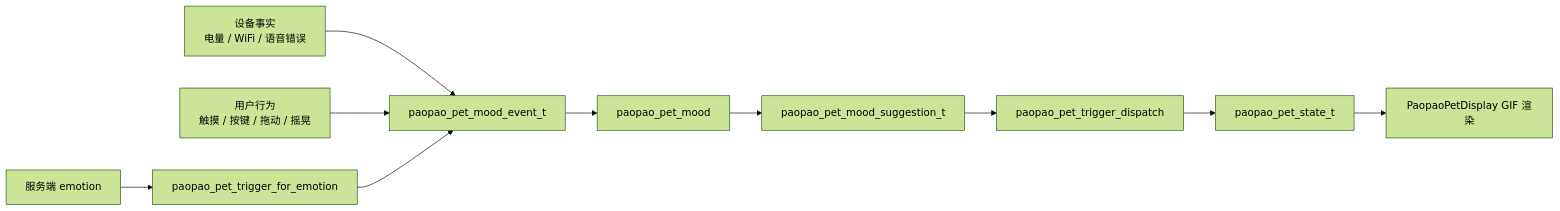
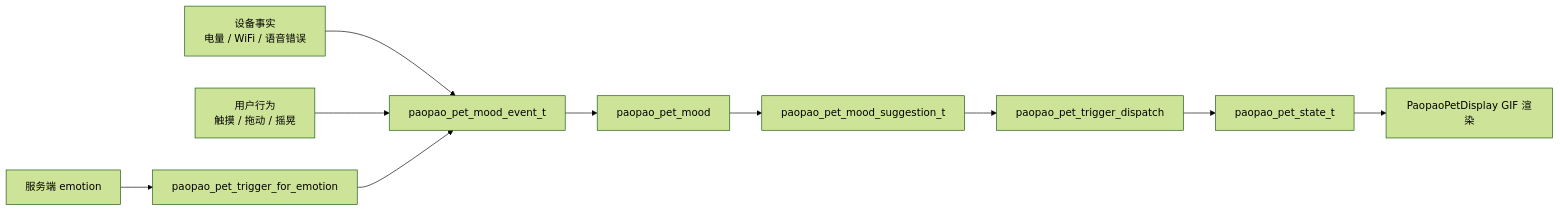
One commit to jiang-source-tech/hzcu_xiaoxin_firmwire changed the diagram in docs/superpowers/specs/2026-06-21-xiaoxin-pet-mood-system-design.zh-CN.md. Above: the diagram before and after it, drawn with Mermaid (forest theme). The commit also changed other lines of this file, not shown here.

Commit message:
docs: reserve boot button from pet mood

````diff
--- a/docs/superpowers/specs/2026-06-21-xiaoxin-pet-mood-system-design.zh-CN.md
+++ b/docs/superpowers/specs/2026-06-21-xiaoxin-pet-mood-system-design.zh-CN.md
@@ -300,12 +301,12 @@
 ```mermaid
 flowchart LR
     Device["设备事实\n电量 / WiFi / 语音错误"] --> MoodInput["paopao_pet_mood_event_t"]
-    User["用户行为\n触摸 / 按键 / 拖动 / 摇晃"] --> MoodInput
+    User["用户行为\n触摸 / 拖动 / 摇晃"] --> MoodInput
     Service["服务端 emotion"] --> EmotionMap["paopao_pet_trigger_for_emotion"]
     EmotionMap --> MoodInput
     MoodInput --> Mood["paopao_pet_mood"]
     Mood --> Suggestion["paopao_pet_mood_suggestion_t"]
     Suggestion --> Trigger["paopao_pet_trigger_dispatch"]
     Trigger --> State["paopao_pet_state_t"]
     State --> Renderer["PaopaoPetDisplay GIF 渲染"]
 ```
````
